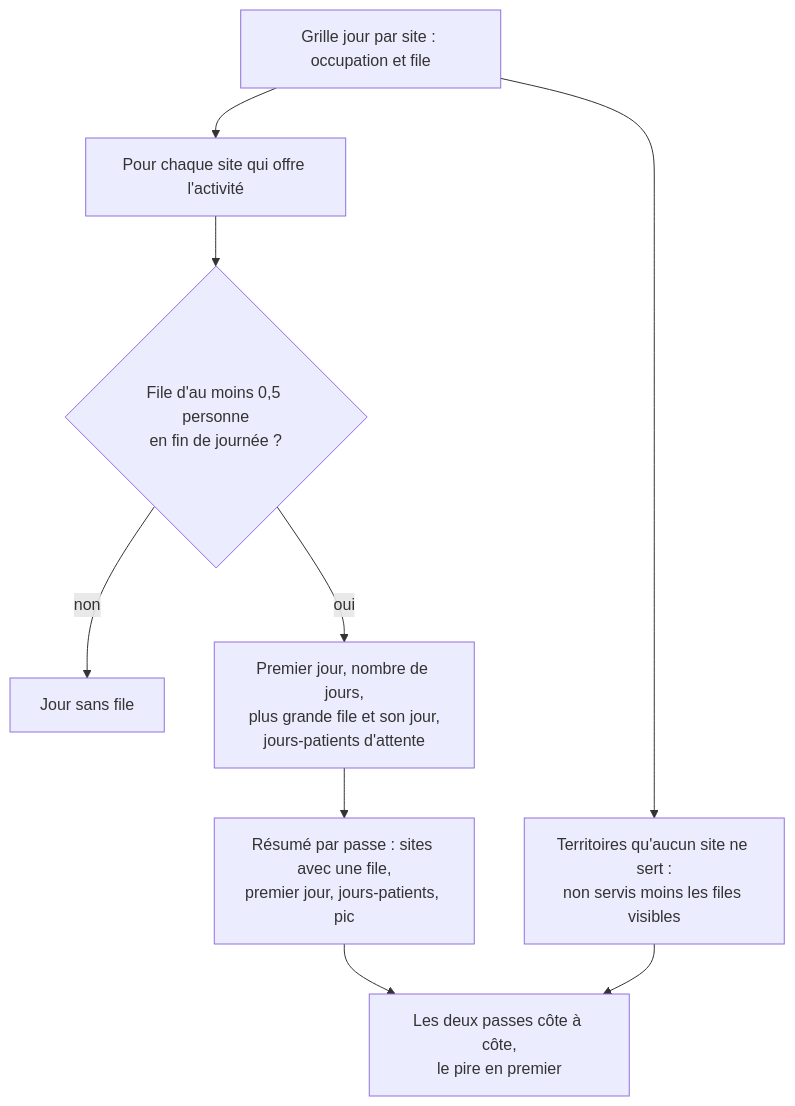
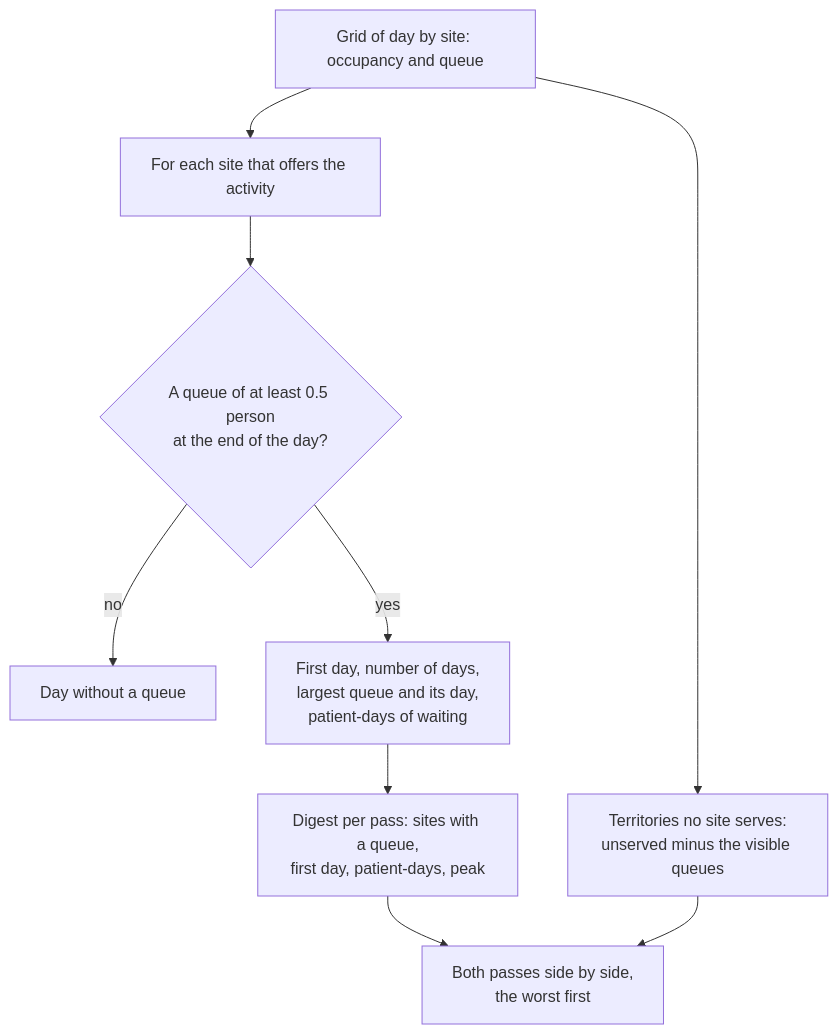
Before and after one commit to V1ktor7/obscyro: the sixth of 30 diagrams in frontend/content/docs/product/algorithms.md, drawn with Mermaid. The commit also changed other lines of this file and 15 other files, not shown here.

First line of the commit message:
feat(site): les pages produit du site passent en anglais

````diff
--- a/frontend/content/docs/product/algorithms.md
+++ b/frontend/content/docs/product/algorithms.md
@@ -240,11 +241,11 @@
 ```mermaid
 flowchart TD
-    A["Grille jour par site : occupation et file"] --> B["Pour chaque site qui offre l'activité"]
-    B --> C{"File d'au moins 0,5 personne<br/>en fin de journée ?"}
-    C -->|"non"| D["Jour sans file"]
-    C -->|"oui"| E["Premier jour, nombre de jours,<br/>plus grande file et son jour,<br/>jours-patients d'attente"]
-    E --> F["Résumé par passe : sites avec une file,<br/>premier jour, jours-patients, pic"]
-    F --> G["Les deux passes côte à côte,<br/>le pire en premier"]
-    A --> H["Territoires qu'aucun site ne sert :<br/>non servis moins les files visibles"]
+    A["Grid of day by site: occupancy and queue"] --> B["For each site that offers the activity"]
+    B --> C{"A queue of at least 0.5 person<br/>at the end of the day?"}
+    C -->|"no"| D["Day without a queue"]
+    C -->|"yes"| E["First day, number of days,<br/>largest queue and its day,<br/>patient-days of waiting"]
+    E --> F["Digest per pass: sites with a queue,<br/>first day, patient-days, peak"]
+    F --> G["Both passes side by side,<br/>the worst first"]
+    A --> H["Territories no site serves:<br/>unserved minus the visible queues"]
     H --> G
 ```
````
